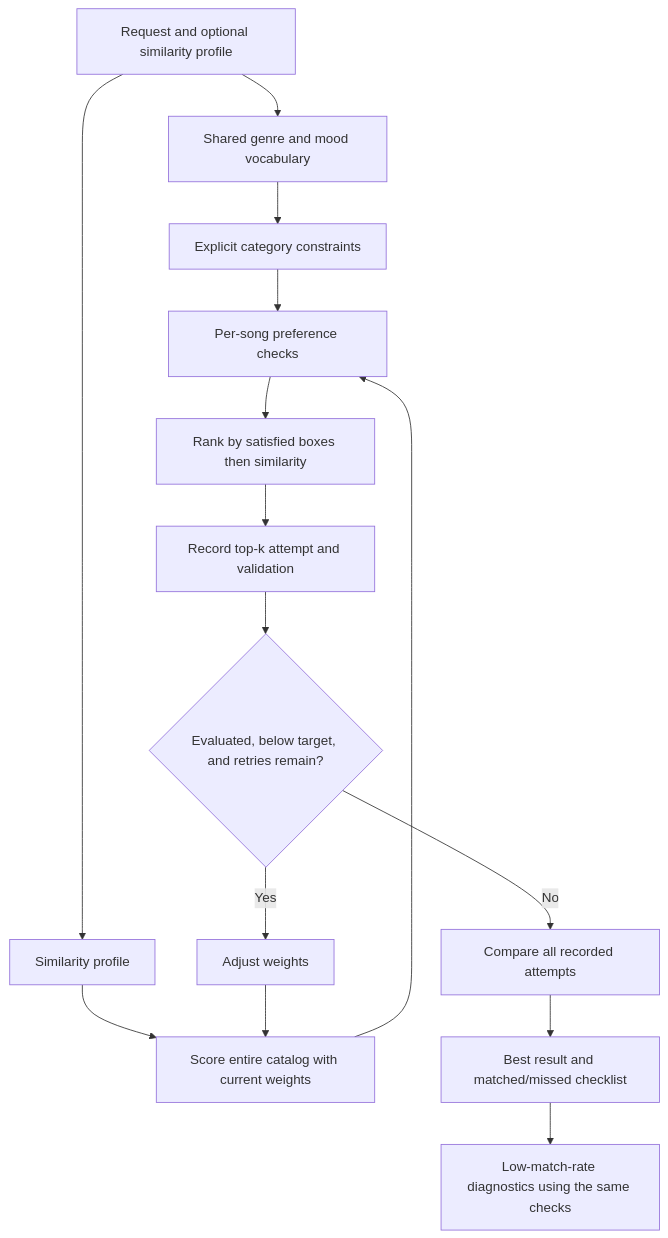
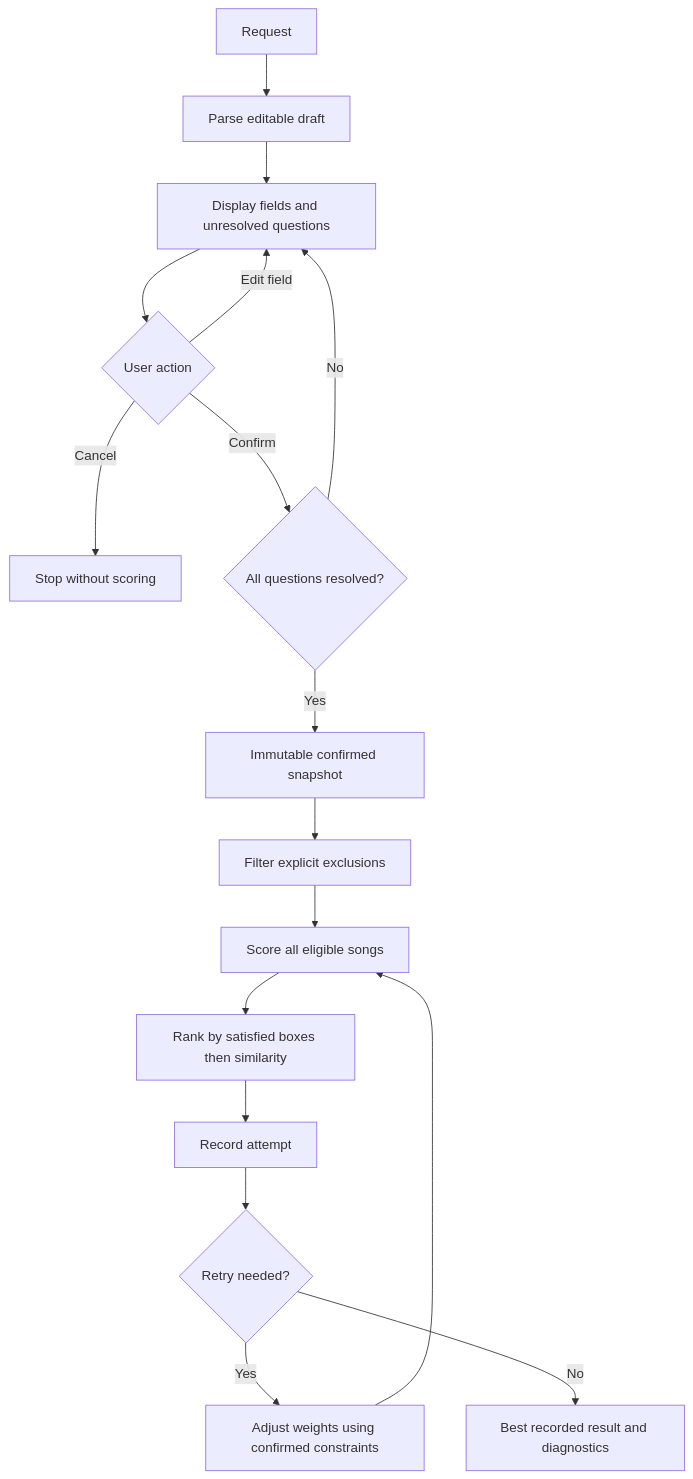
One commit to ZachR36/applied-ai-system-project changed the diagram in diagrams/system_diagram.md. Above: the diagram before and after it, drawn with Mermaid. The commit also changed other lines of this file and 14 other files, not shown here.

Commit message:
Improved user preference parsing, and added user confirmation before moving on with the preferences they gave. Separately, added checks for invalid song data so issues don't result in program crash or faulty recommendations.

````diff
--- a/diagrams/system_diagram.md
+++ b/diagrams/system_diagram.md
@@ -5,17 +5,19 @@
 ```mermaid
 flowchart TD
-    A[Request and optional similarity profile] --> B[Shared genre and mood vocabulary]
-    B --> C[Explicit category constraints]
-    A --> D[Similarity profile]
-    D --> E[Score entire catalog with current weights]
-    C --> F[Per-song preference checks]
-    E --> F
-    F --> G[Rank by satisfied boxes then similarity]
-    G --> H[Record top-k attempt and validation]
-    H --> I{Evaluated, below target, and retries remain?}
-    I -->|Yes| J[Adjust weights]
-    J --> E
-    I -->|No| K[Compare all recorded attempts]
-    K --> L[Best result and matched/missed checklist]
-    L --> M[Low-match-rate diagnostics using the same checks]
+    A[Request] --> B[Parse editable draft]
+    B --> C[Display fields and unresolved questions]
+    C --> D{User action}
+    D -->|Edit field| C
+    D -->|Cancel| X[Stop without scoring]
+    D -->|Confirm| E{All questions resolved?}
+    E -->|No| C
+    E -->|Yes| F[Immutable confirmed snapshot]
+    F --> G[Filter explicit exclusions]
+    G --> H[Score all eligible songs]
+    H --> I[Rank by satisfied boxes then similarity]
+    I --> J[Record attempt]
+    J --> K{Retry needed?}
+    K -->|Yes| L[Adjust weights using confirmed constraints]
+    L --> H
+    K -->|No| M[Best recorded result and diagnostics]
 ```
````
